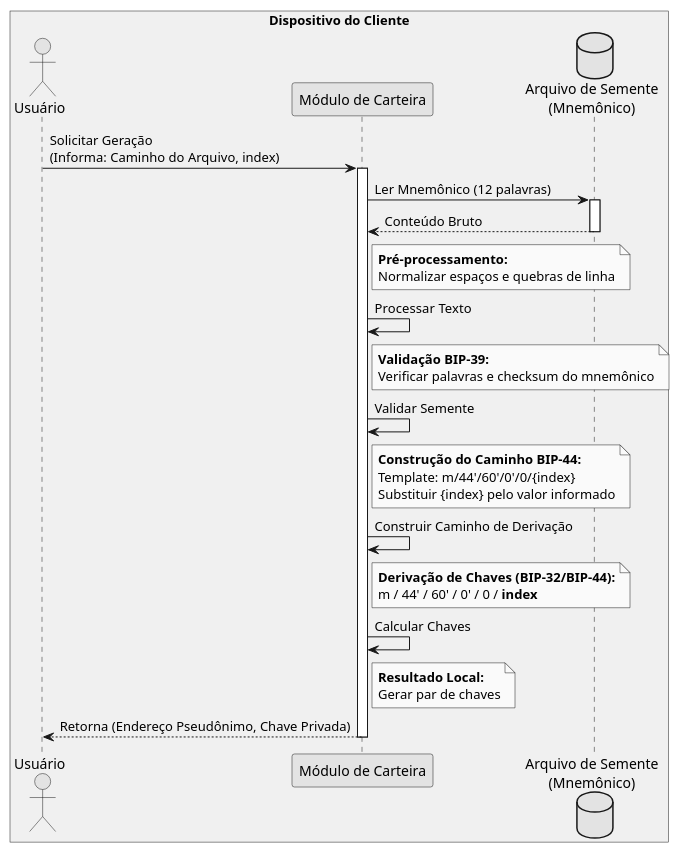
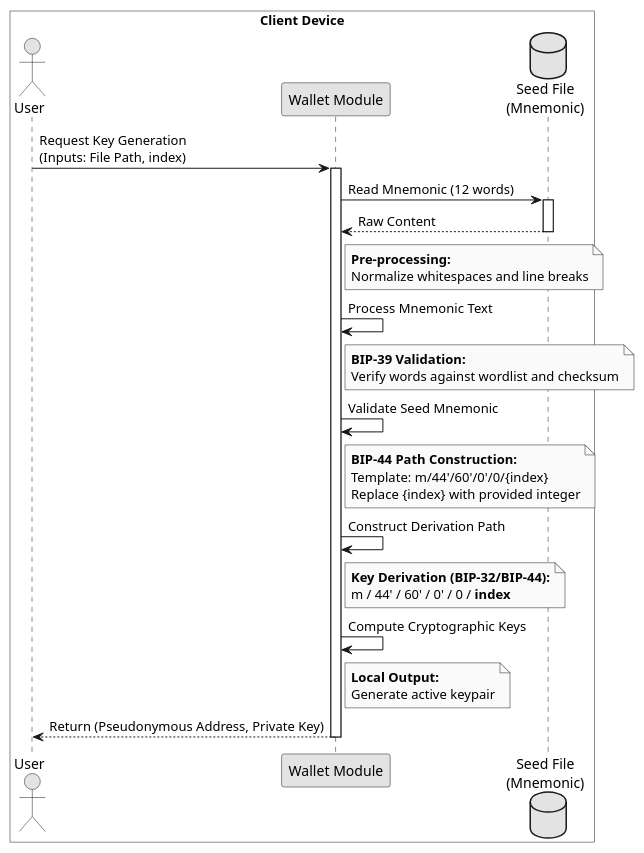
Before and after one commit to Victor07july/besu-blockchain-inmetro: the diagram in contracts/privacy/DIAGRAMAS/diagramas/diagrama_pseudonimo.puml, drawn with PlantUML. The commit also changed 143 other files, not shown here.

```diff
--- a/contracts/privacy/DIAGRAMAS/diagramas/diagrama_pseudonimo.puml
+++ b/contracts/privacy/DIAGRAMAS/diagramas/diagrama_pseudonimo.puml
@@ -1,54 +1,54 @@
 @startuml
 skinparam monochrome true
 skinparam shadowing false
 skinparam defaultFontName Arial
 skinparam participantPadding 20
 skinparam boxPadding 10
 
-box "Dispositivo do Cliente" #f0f0f0
-actor Usuario as "Usuário"
-participant Script as "Módulo de Carteira"
-database SeedFile as "Arquivo de Semente\n(Mnemônico)"
+box "Client Device" #ffffff
+actor Usuario as "User"
+participant Script as "Wallet Module"
+database SeedFile as "Seed File\n(Mnemonic)"
 end box
 
-Usuario -> Script: Solicitar Geração\n(Informa: Caminho do Arquivo, index)
+Usuario -> Script: Request Key Generation\n(Inputs: File Path, index)
 activate Script
 
-Script -> SeedFile: Ler Mnemônico (12 palavras)
+Script -> SeedFile: Read Mnemonic (12 words)
 activate SeedFile
-SeedFile --> Script: Conteúdo Bruto
+SeedFile --> Script: Raw Content
 deactivate SeedFile
 
 note right of Script
-  **Pré-processamento:**
-  Normalizar espaços e quebras de linha
+  **Pre-processing:**
+  Normalize whitespaces and line breaks
 end note
-Script -> Script: Processar Texto
+Script -> Script: Process Mnemonic Text
 
 note right of Script
-  **Validação BIP-39:**
-  Verificar palavras e checksum do mnemônico
+  **BIP-39 Validation:**
+  Verify words against wordlist and checksum
 end note
-Script -> Script: Validar Semente
+Script -> Script: Validate Seed Mnemonic
 
 note right of Script
-  **Construção do Caminho BIP-44:**
+  **BIP-44 Path Construction:**
   Template: m/44'/60'/0'/0/{index}
-  Substituir {index} pelo valor informado
+  Replace {index} with provided integer
 end note
-Script -> Script: Construir Caminho de Derivação
+Script -> Script: Construct Derivation Path
 
 note right of Script
-  **Derivação de Chaves (BIP-32/BIP-44):**
+  **Key Derivation (BIP-32/BIP-44):**
   m / 44' / 60' / 0' / 0 / **index**
 end note
-Script -> Script: Calcular Chaves
+Script -> Script: Compute Cryptographic Keys
 
 note right of Script
-  **Resultado Local:**
-  Gerar par de chaves
+  **Local Output:**
+  Generate active keypair
 end note
-Script --> Usuario: Retorna (Endereço Pseudônimo, Chave Privada)
+Script --> Usuario: Return (Pseudonymous Address, Private Key)
 deactivate Script
 
 @enduml
```
